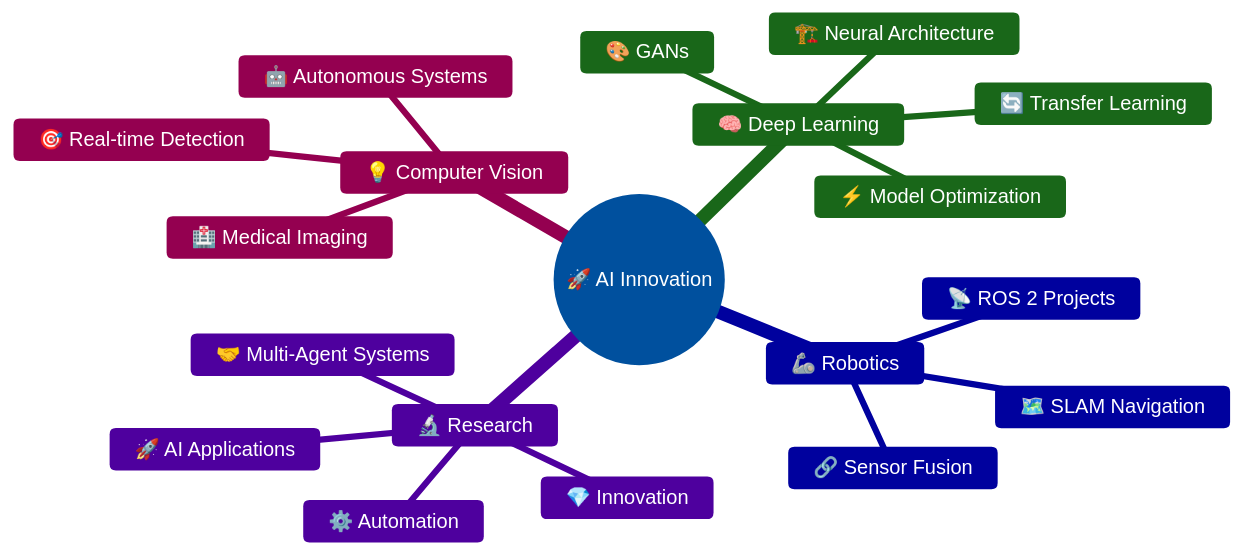
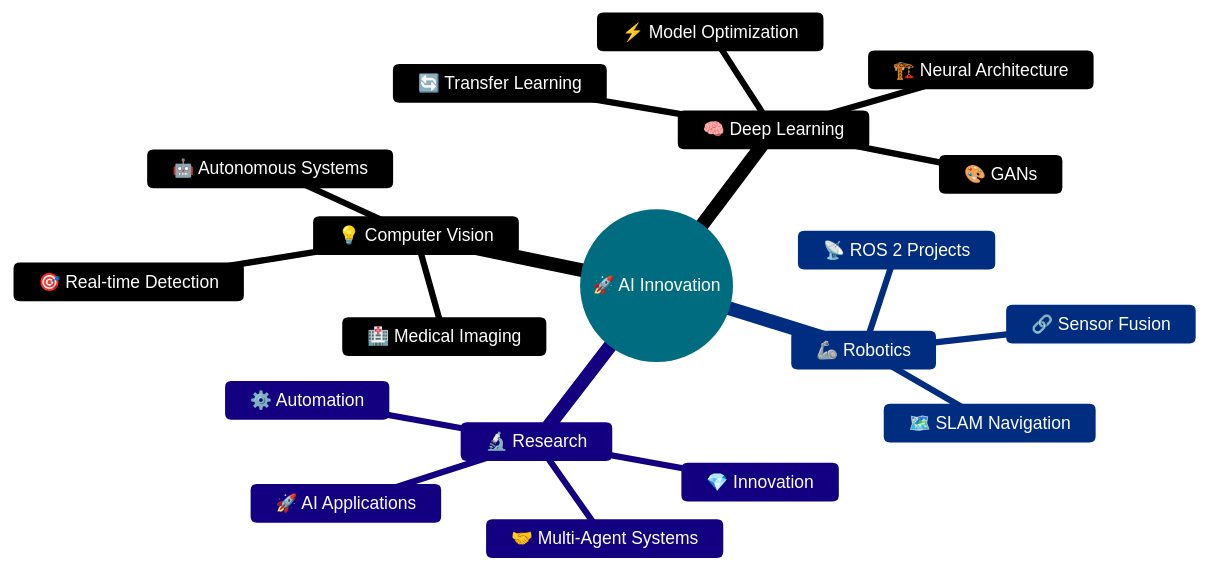
One commit to MO-NASSER9/MO-NASSER9 changed the diagram in README.md. Above: the diagram before and after it, drawn with Mermaid.

````diff
--- a/README.md
+++ b/README.md
@@ -111,23 +111,40 @@
 ```mermaid
-%%{init: {'theme':'base', 'themeVariables': { 'primaryColor':'#1E90FF','primaryTextColor':'#FFFFFF','primaryBorderColor':'#00D9FF','lineColor':'#4169E1','secondaryColor':'#FF1493','tertiaryColor':'#32CD32','noteBkgColor':'#0D1117','noteTextColor':'#FFFFFF','noteBorderColor':'#00D9FF'}}}%%
+%%{init: {'theme':'base', 'themeVariables': { 
+  'primaryColor':'#00D9FF',
+  'primaryTextColor':'#ffffff',
+  'primaryBorderColor':'#00D9FF',
+  'lineColor':'#00D9FF',
+  'secondaryColor':'#1a1a2e',
+  'tertiaryColor':'#16213e',
+  'background':'#0d1117',
+  'mainBkg':'#161b22',
+  'secondBkg':'#0d1117',
+  'tertiaryBkg':'#161b22',
+  'textColor':'#ffffff',
+  'nodeBorder':'#00D9FF',
+  'clusterBkg':'#161b22',
+  'clusterBorder':'#00D9FF',
+  'fontSize':'14px',
+  'nodeTextColor':'#ffffff'
+}}}%%
 mindmap
   root((🚀 AI Innovation))
     💡 Computer Vision
       🎯 Real-time Detection
       🏥 Medical Imaging
       🤖 Autonomous Systems
     🧠 Deep Learning
       ⚡ Model Optimization
       🔄 Transfer Learning
       🏗️ Neural Architecture
       🎨 GANs
     🦾 Robotics
       📡 ROS 2 Projects
       🗺️ SLAM Navigation
       🔗 Sensor Fusion
     🔬 Research
       🚀 AI Applications
       🤝 Multi-Agent Systems
       ⚙️ Automation
       💎 Innovation
 ```
````
